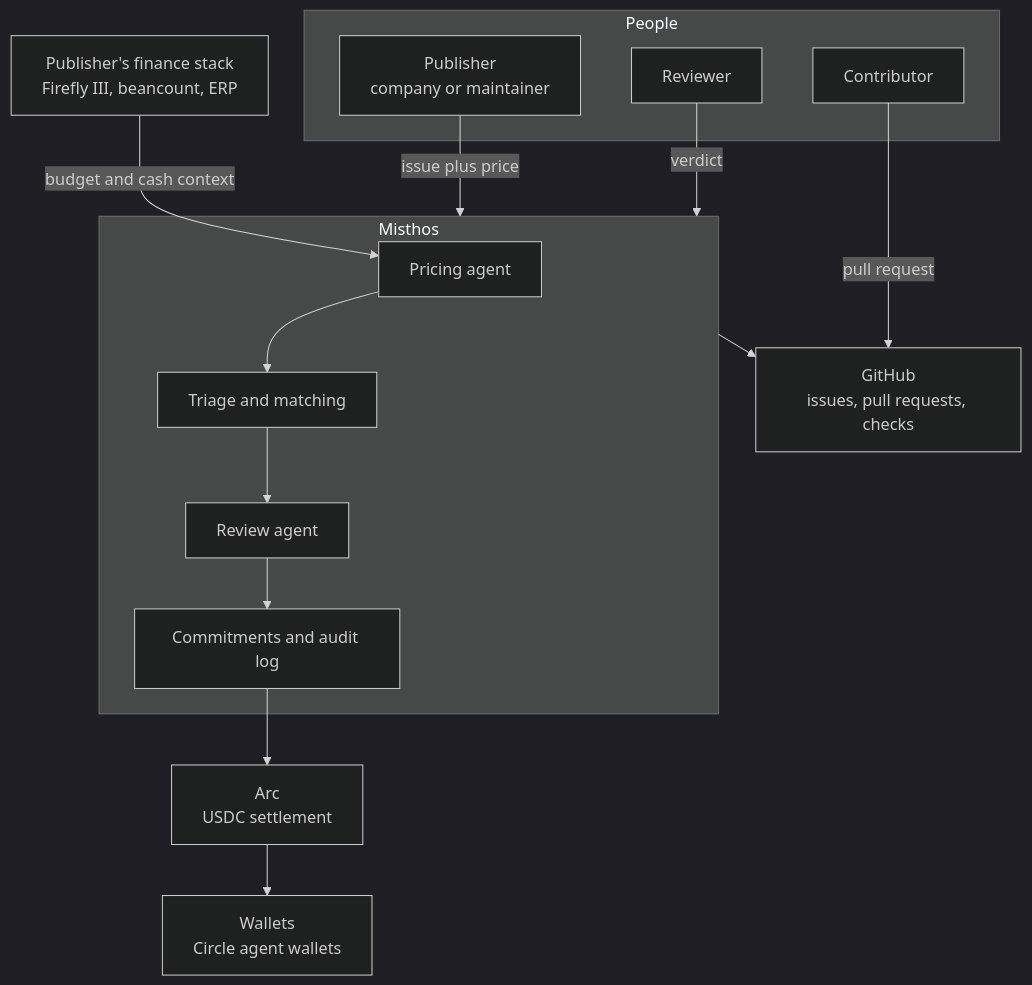
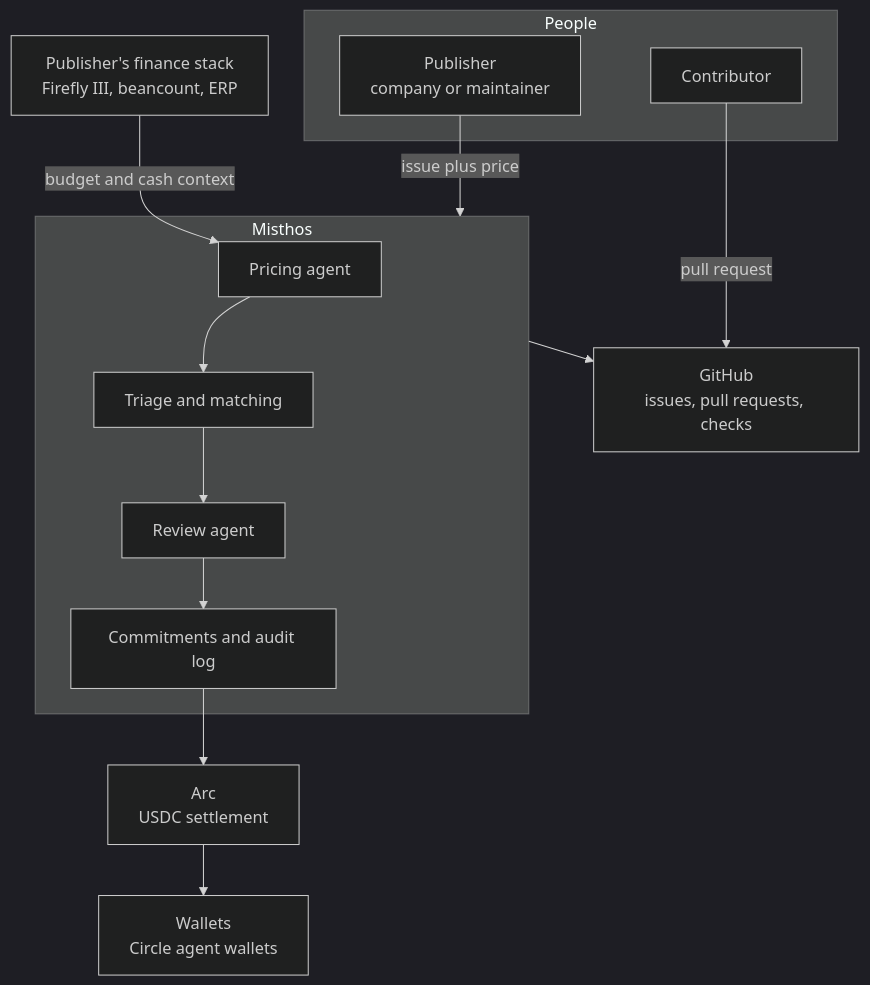
The first of 5 diagrams in docs/misthos/05-how-it-works.md (vanduc2514/hackathon-circle-misthos), drawn with Mermaid (dark theme) before and after one commit. The commit also changed other lines of this file and 27 other files, not shown here.

First line of the commit message:
The platform owns review: drop the reviewer role and the review fee (#3) (#4)

````diff
--- a/docs/misthos/05-how-it-works.md
+++ b/docs/misthos/05-how-it-works.md
@@ -19,31 +20,29 @@
 ```mermaid
 flowchart TB
     subgraph People["People"]
         PUB["Publisher<br/>company or maintainer"]
         CON["Contributor"]
-        REV["Reviewer"]
     end
 
     subgraph Platform["Misthos"]
         PRICE["Pricing agent"]
         TRIAGE["Triage and matching"]
         REVIEW["Review agent"]
         LEDGER["Commitments and audit log"]
     end
 
     GH["GitHub<br/>issues, pull requests, checks"]
     FIN["Publisher's finance stack<br/>Firefly III, beancount, ERP"]
     ARC["Arc<br/>USDC settlement"]
     WALLET["Wallets<br/>Circle agent wallets"]
 
     PUB -->|"issue plus price"| Platform
     CON -->|"pull request"| GH
-    REV -->|"verdict"| Platform
     Platform --> GH
     FIN -->|"budget and cash context"| PRICE
     PRICE --> TRIAGE
     TRIAGE --> REVIEW
     REVIEW --> LEDGER
     LEDGER --> ARC
     ARC --> WALLET
 ```
````
